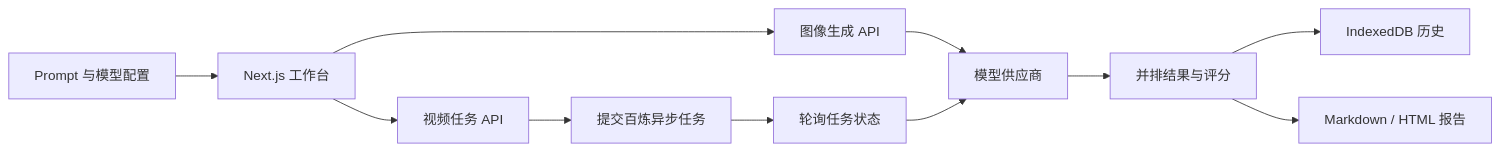
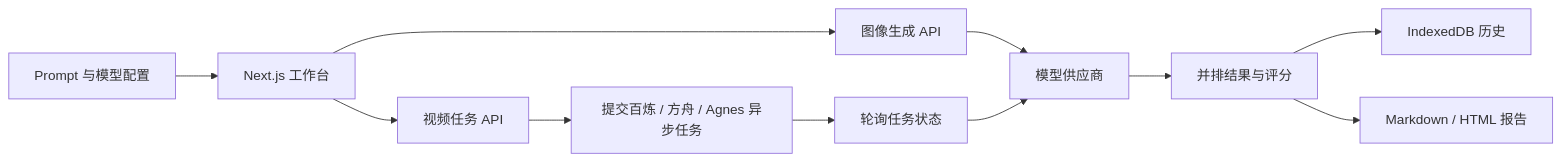
Before and after one commit to magau123/ImageBench: the diagram in README.md, drawn with Mermaid. The commit also changed other lines of this file and 22 other files, not shown here.

First line of the commit message:
feat: add Seedream, Seedance, Agnes and a categorized video bench

````diff
--- a/README.md
+++ b/README.md
@@ -141,13 +218,13 @@
 ```mermaid
 flowchart LR
     User[Prompt 与模型配置] --> UI[Next.js 工作台]
     UI --> ImageAPI[图像生成 API]
     UI --> VideoAPI[视频任务 API]
     ImageAPI --> Providers[模型供应商]
-    VideoAPI --> Submit[提交百炼异步任务]
+    VideoAPI --> Submit[提交百炼 / 方舟 / Agnes 异步任务]
     Submit --> Poll[轮询任务状态]
     Poll --> Providers
     Providers --> Results[并排结果与评分]
     Results --> History[IndexedDB 历史]
     Results --> Report[Markdown / HTML 报告]
 ```
````
